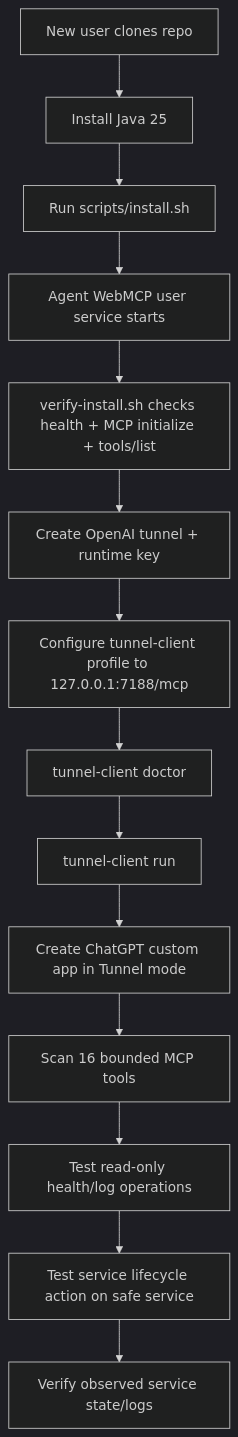
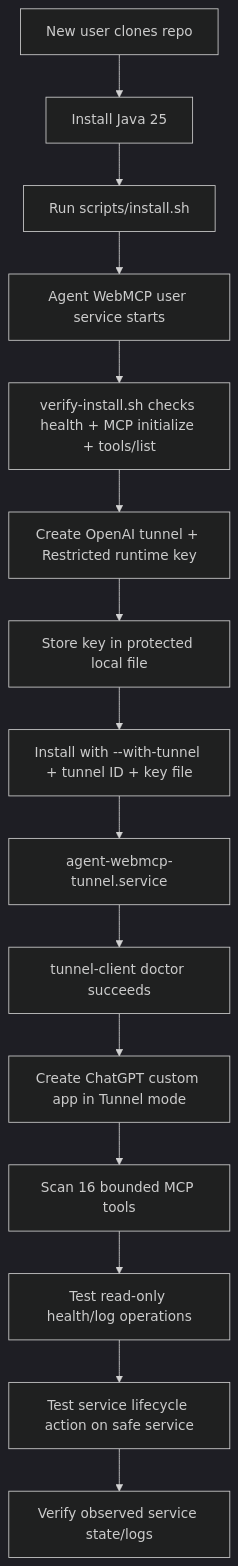
Before and after one commit to tjXJNOOBIE/agent-webmcp: the seventh of 7 diagrams in README.md, drawn with Mermaid (dark theme). The commit also changed other lines of this file and 34 other files, not shown here.

Commit message:
Changed: Harden Agent WebMCP release and MCP app

````diff
--- a/README.md
+++ b/README.md
@@ -309,16 +389,17 @@
 ```mermaid
 flowchart TD
     A[New user clones repo] --> B[Install Java 25]
     B --> C[Run scripts/install.sh]
     C --> D[Agent WebMCP user service starts]
     D --> E[verify-install.sh checks health + MCP initialize + tools/list]
-    E --> F[Create OpenAI tunnel + runtime key]
-    F --> G[Configure tunnel-client profile to 127.0.0.1:7188/mcp]
-    G --> H[tunnel-client doctor]
-    H --> I[tunnel-client run]
-    I --> J[Create ChatGPT custom app in Tunnel mode]
-    J --> K[Scan 16 bounded MCP tools]
-    K --> L[Test read-only health/log operations]
-    L --> M[Test service lifecycle action on safe service]
-    M --> N[Verify observed service state/logs]
+    E --> F[Create OpenAI tunnel + Restricted runtime key]
+    F --> G[Store key in protected local file]
+    G --> H[Install with --with-tunnel + tunnel ID + key file]
+    H --> I[agent-webmcp-tunnel.service]
+    I --> J[tunnel-client doctor succeeds]
+    J --> K[Create ChatGPT custom app in Tunnel mode]
+    K --> L[Scan 16 bounded MCP tools]
+    L --> M[Test read-only health/log operations]
+    M --> N[Test service lifecycle action on safe service]
+    N --> O[Verify observed service state/logs]
 ```
````
